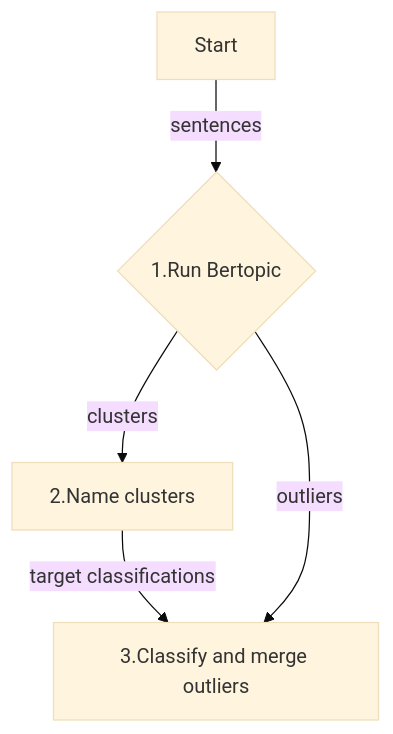
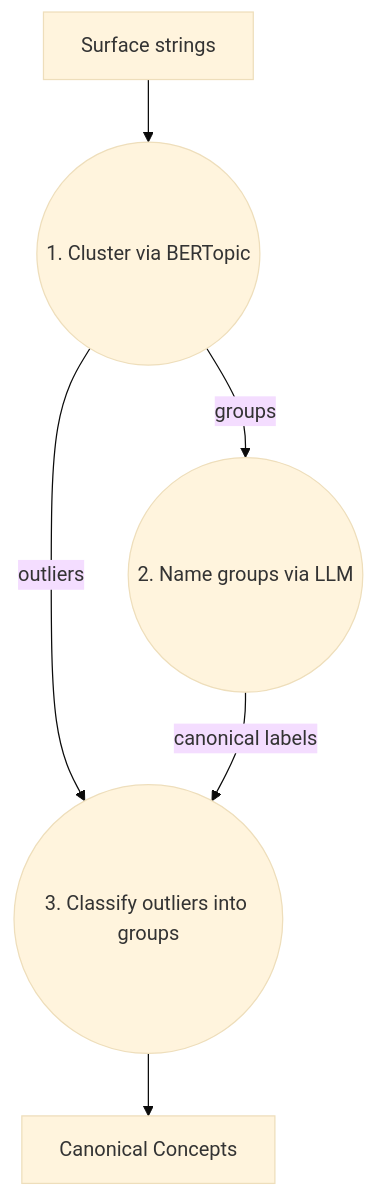
One commit to borisdev/nobs-canonicalize changed the diagram in README.md. Above: the diagram before and after it, drawn with Mermaid (base theme). The commit also changed other lines of this file and 15 other files, not shown here.

````diff
--- a/README.md
+++ b/README.md
@@ -116,7 +113,8 @@
 ```mermaid
 graph TD;
-    A[Start] -->|sentences| B{1.Run Bertopic};
-    B -->|clusters| C[2.Name clusters];
-    C -->|target classifications| D;;
-    B -->|outliers| D[3.Classify and merge outliers];
+    A[Surface strings] --> B((1. Cluster via BERTopic));
+    B -->|groups| C((2. Name groups via LLM));
+    B -->|outliers| D((3. Classify outliers into groups));
+    C -->|canonical labels| D;
+    D --> E[Canonical Concepts];
 ```
````
